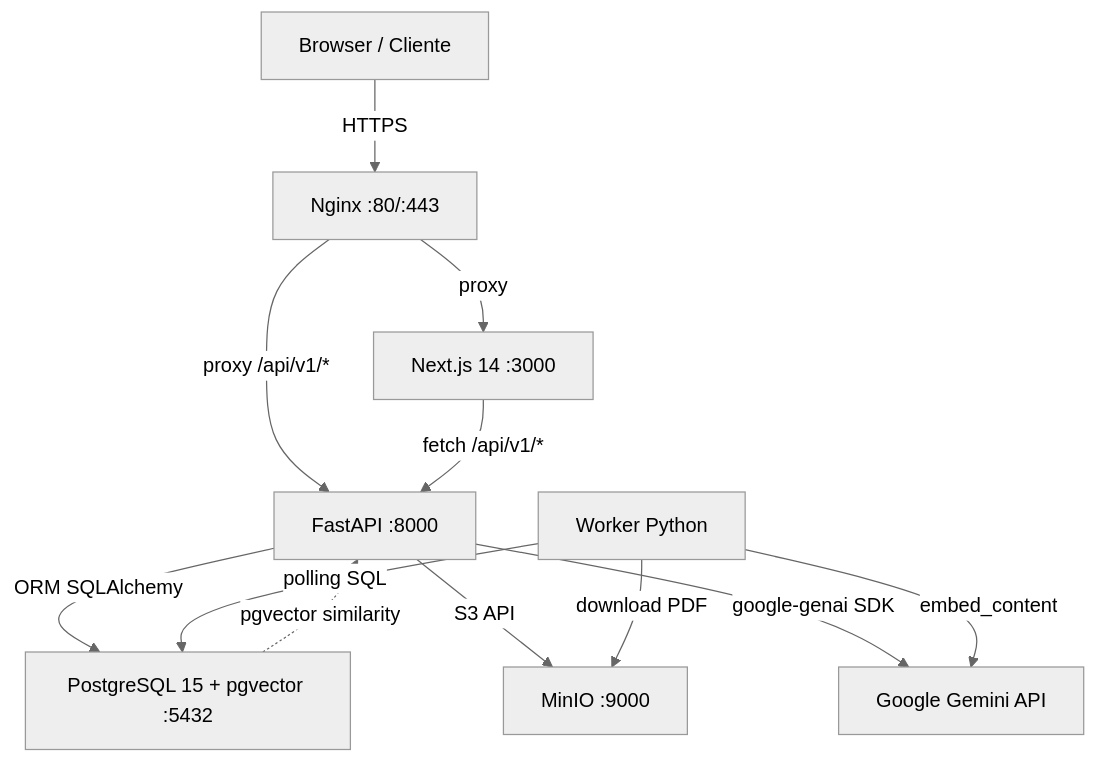
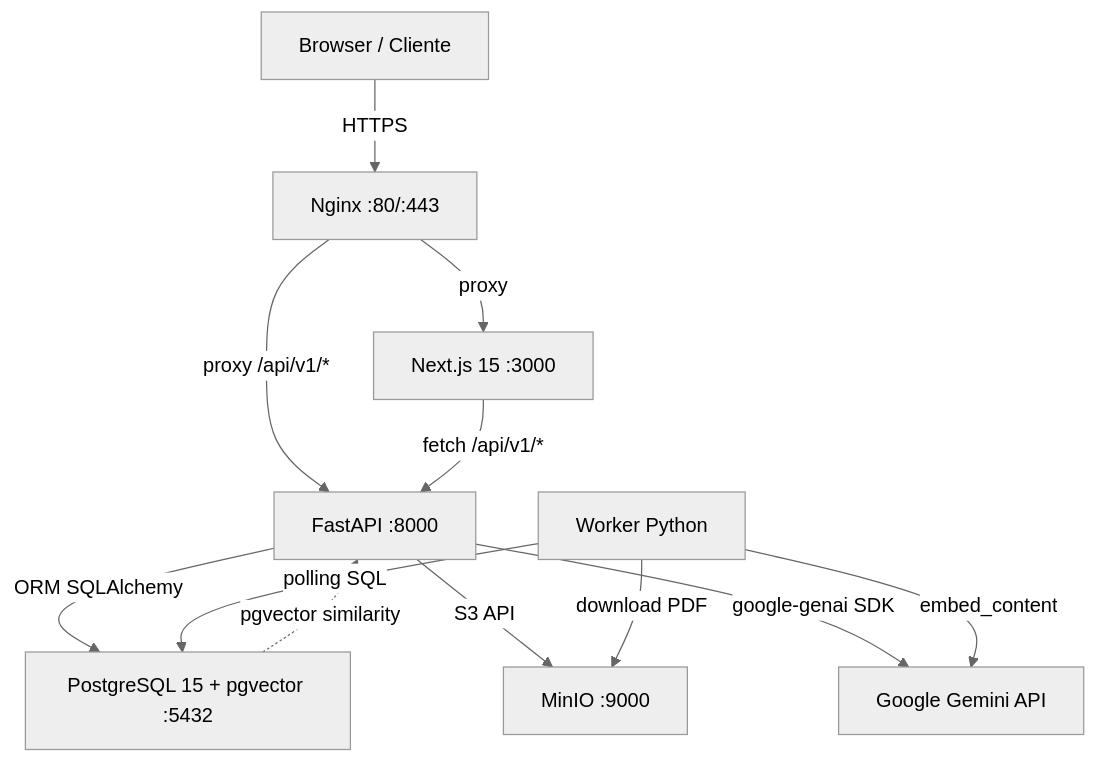
The diagram in README.md (soviedos/rc7_programming_assistant), drawn with Mermaid (neutral theme) before and after one commit. The commit also changed other lines of this file and 15 other files, not shown here.

````diff
--- a/README.md
+++ b/README.md
@@ -11,14 +11,14 @@
 ```mermaid
 graph TD
     Browser["Browser / Cliente"] -->|HTTPS| Nginx["Nginx :80/:443"]
-    Nginx -->|proxy| Web["Next.js 14 :3000"]
+    Nginx -->|proxy| Web["Next.js 15 :3000"]
     Nginx -->|proxy /api/v1/*| API["FastAPI :8000"]
     Web -->|fetch /api/v1/*| API
     API -->|ORM SQLAlchemy| PG["PostgreSQL 15 + pgvector :5432"]
     API -->|S3 API| MinIO["MinIO :9000"]
     API -->|google-genai SDK| Gemini["Google Gemini API"]
     Worker["Worker Python"] -->|polling SQL| PG
     Worker -->|download PDF| MinIO
     Worker -->|embed_content| Gemini
     PG -.->|pgvector similarity| API
 ```
````
